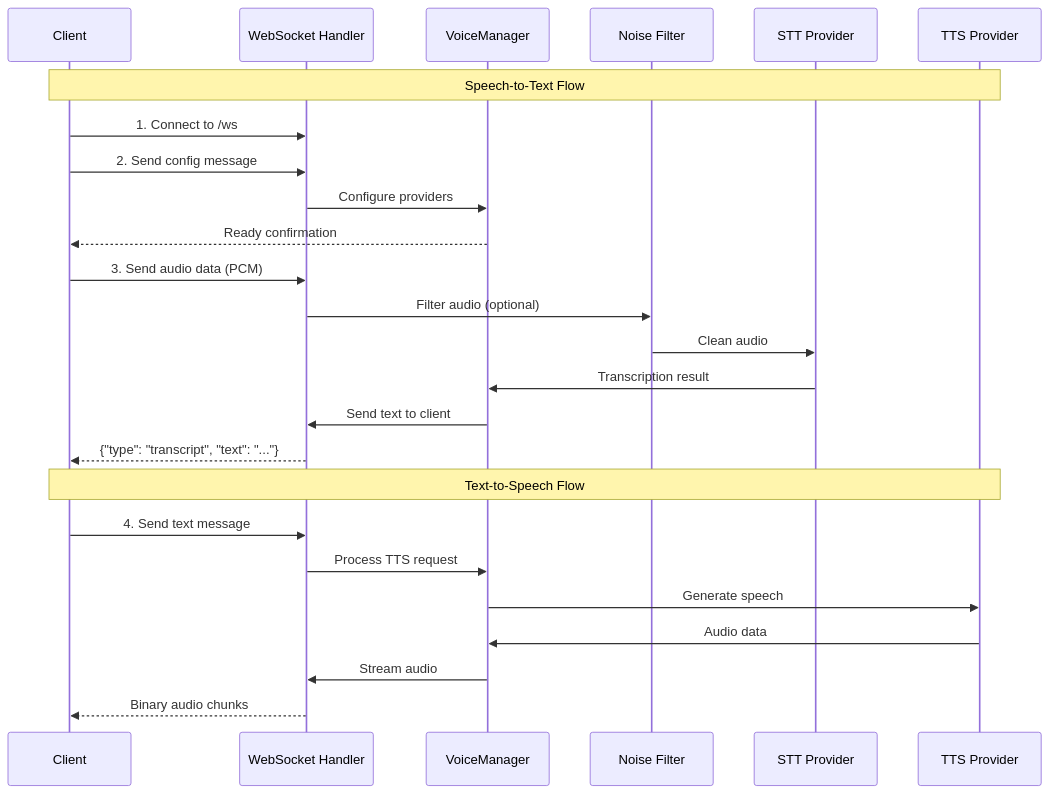
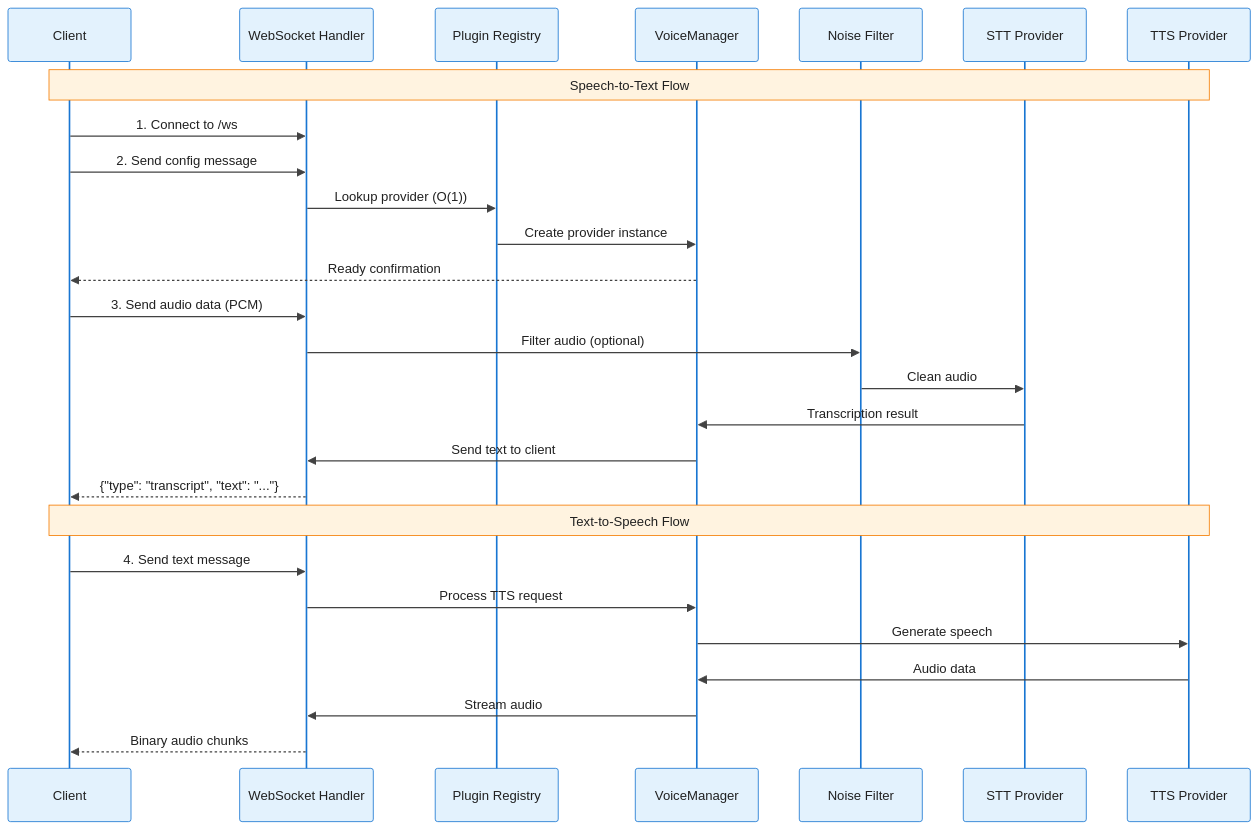
The third of 5 diagrams in gateway/README.md (BudEcosystem/WaaV), drawn with Mermaid before and after one commit. The commit also changed other lines of this file and 61 other files, not shown here.

First line of the commit message:
feat: Add plugin architecture and Gnani.ai provider support

````diff
--- a/gateway/README.md
+++ b/gateway/README.md
@@ -279,30 +337,33 @@
 ```mermaid
+%%{init: {'theme': 'base', 'themeVariables': { 'primaryColor': '#4a90d9', 'primaryTextColor': '#212121', 'lineColor': '#5c6bc0', 'actorBkg': '#e3f2fd', 'actorBorder': '#1976d2', 'actorTextColor': '#212121', 'signalColor': '#424242', 'signalTextColor': '#212121', 'labelBoxBkgColor': '#f5f5f5', 'labelBoxBorderColor': '#bdbdbd', 'labelTextColor': '#212121', 'loopTextColor': '#212121', 'noteBkgColor': '#fff3e0', 'noteTextColor': '#212121', 'noteBorderColor': '#f57c00', 'activationBkgColor': '#e8f5e9', 'activationBorderColor': '#388e3c'}}}%%
 sequenceDiagram
     participant C as Client
     participant WS as WebSocket Handler
+    participant REG as Plugin Registry
     participant VM as VoiceManager
     participant NF as Noise Filter
     participant STT as STT Provider
     participant TTS as TTS Provider
 
     Note over C,TTS: Speech-to-Text Flow
     C->>WS: 1. Connect to /ws
     C->>WS: 2. Send config message
-    WS->>VM: Configure providers
+    WS->>REG: Lookup provider (O(1))
+    REG->>VM: Create provider instance
     VM-->>C: Ready confirmation
 
     C->>WS: 3. Send audio data (PCM)
     WS->>NF: Filter audio (optional)
     NF->>STT: Clean audio
     STT->>VM: Transcription result
     VM->>WS: Send text to client
     WS-->>C: {"type": "transcript", "text": "..."}
 
     Note over C,TTS: Text-to-Speech Flow
     C->>WS: 4. Send text message
     WS->>VM: Process TTS request
     VM->>TTS: Generate speech
     TTS->>VM: Audio data
     VM->>WS: Stream audio
     WS-->>C: Binary audio chunks
 ```
````
